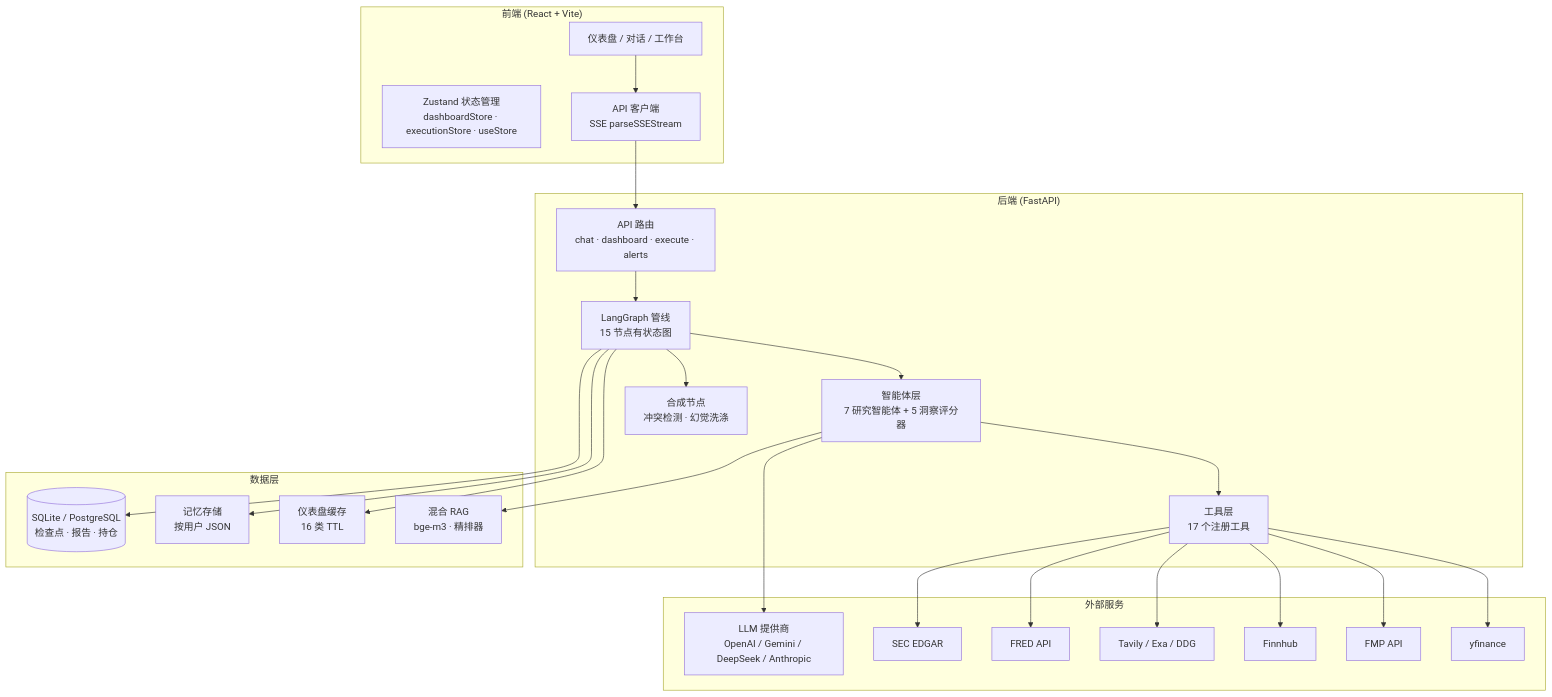
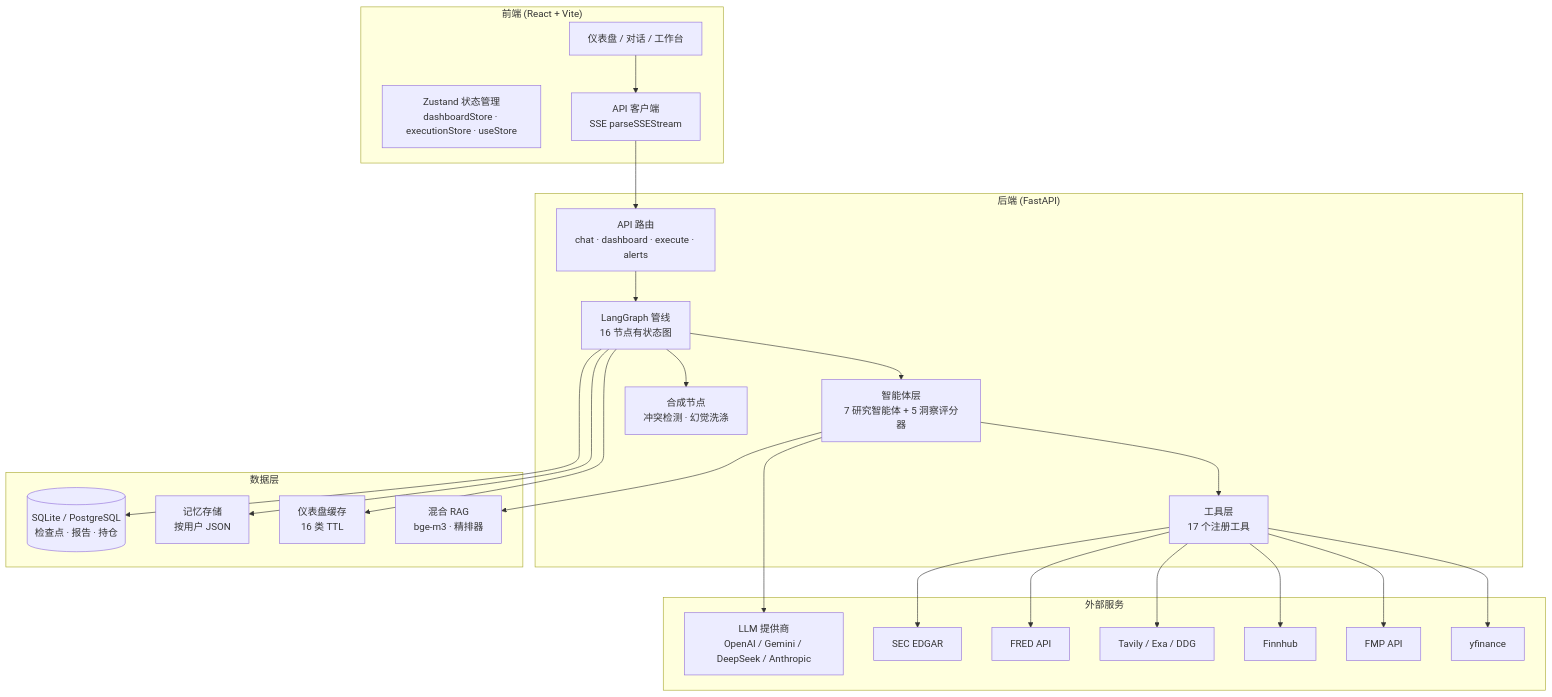
The first of 7 diagrams in readme_cn.md (kkkano/FinSight), drawn with Mermaid before and after one commit. The commit also changed other lines of this file and 5 other files, not shown here.

First line of the commit message:
docs: sync architecture docs for 16-node pipeline + compare evidence gate

````diff
--- a/readme_cn.md
+++ b/readme_cn.md
@@ -159,41 +159,41 @@
 ```mermaid
 graph TB
     subgraph "前端 (React + Vite)"
         UI[仪表盘 / 对话 / 工作台]
         STORE[Zustand 状态管理<br/>dashboardStore · executionStore · useStore]
         API_CLIENT[API 客户端<br/>SSE parseSSEStream]
     end
 
     subgraph "后端 (FastAPI)"
         ROUTER[API 路由<br/>chat · dashboard · execute · alerts]
-        GRAPH[LangGraph 管线<br/>15 节点有状态图]
+        GRAPH[LangGraph 管线<br/>16 节点有状态图]
         AGENTS[智能体层<br/>7 研究智能体 + 5 洞察评分器]
         TOOLS[工具层<br/>17 个注册工具]
         SYNTH[合成节点<br/>冲突检测 · 幻觉洗涤]
     end
 
     subgraph "数据层"
         RAG[混合 RAG<br/>bge-m3 · 精排器]
         CACHE[仪表盘缓存<br/>16 类 TTL]
         MEMORY[记忆存储<br/>按用户 JSON]
         DB[(SQLite / PostgreSQL<br/>检查点 · 报告 · 持仓)]
     end
 
     subgraph "外部服务"
         YFINANCE[yfinance]
         FMP[FMP API]
         FINNHUB[Finnhub]
         TAVILY[Tavily / Exa / DDG]
         FRED[FRED API]
         SEC[SEC EDGAR]
         LLM_API[LLM 提供商<br/>OpenAI / Gemini / DeepSeek / Anthropic]
     end
 
     UI --> API_CLIENT --> ROUTER
     ROUTER --> GRAPH --> AGENTS --> TOOLS
     GRAPH --> SYNTH
     TOOLS --> YFINANCE & FMP & FINNHUB & TAVILY & FRED & SEC
     AGENTS --> LLM_API
     AGENTS --> RAG
     GRAPH --> CACHE & MEMORY & DB
 ```
````
